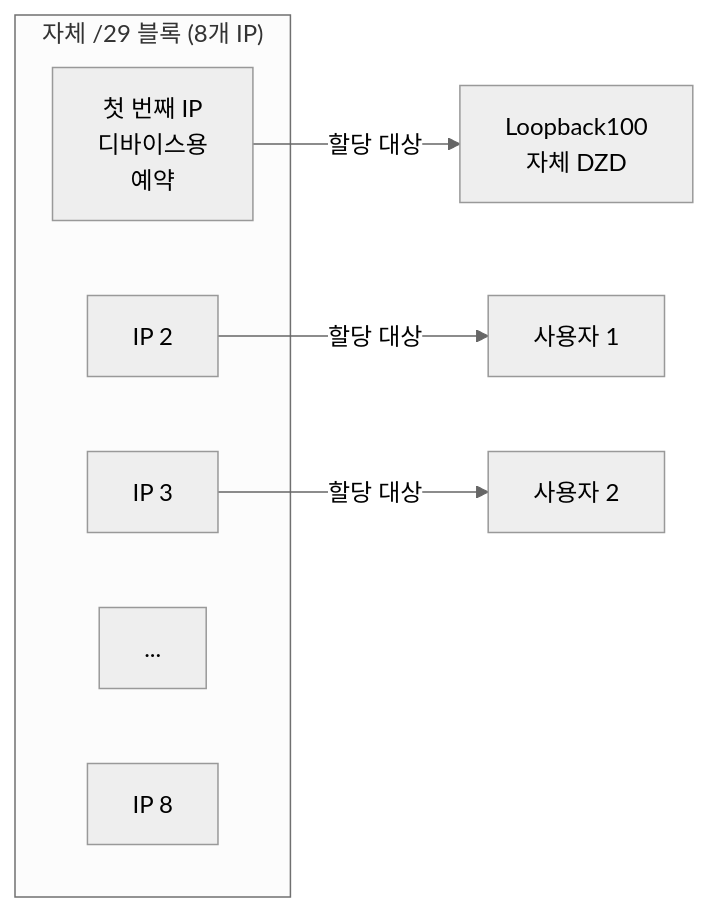
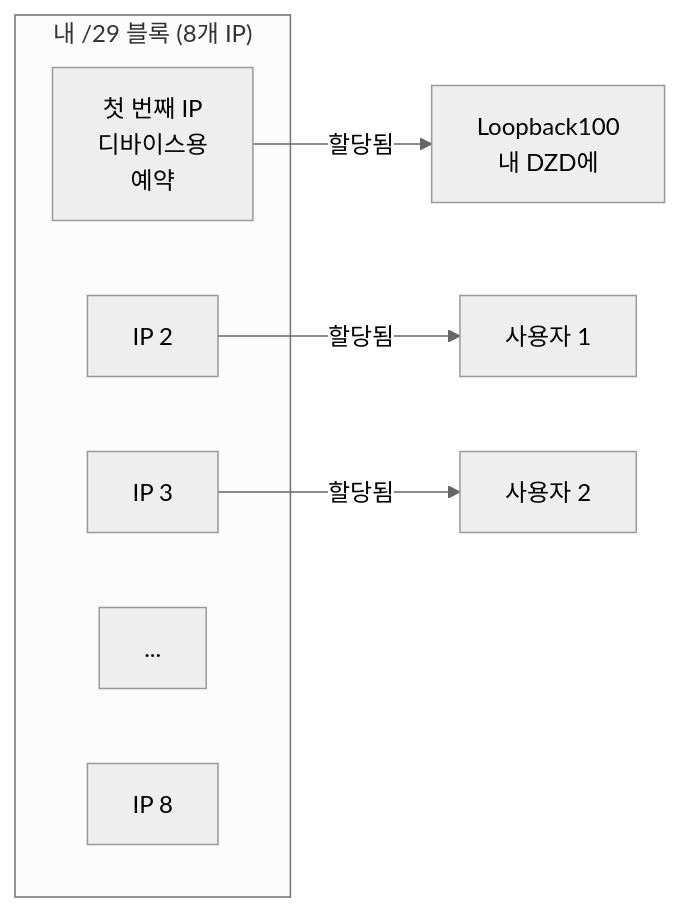
One commit to malbeclabs/docs changed the second of 7 diagrams in docs/contribute-provisioning.ko.md. Above: the diagram before and after it, drawn with Mermaid (neutral theme). The commit also changed other lines of this file and 27 other files, not shown here.

````diff
--- a/docs/contribute-provisioning.ko.md
+++ b/docs/contribute-provisioning.ko.md
@@ -122,14 +122,14 @@
 ```mermaid
 flowchart LR
-    subgraph "자체 /29 블록 (8개 IP)"
+    subgraph "내 /29 블록 (8개 IP)"
         IP1["첫 번째 IP<br/>디바이스용<br/>예약"]
         IP2["IP 2"]
         IP3["IP 3"]
         IP4["..."]
         IP8["IP 8"]
     end
 
-    IP1 -->|할당 대상| LO[Loopback100<br/>자체 DZD]
-    IP2 -->|할당 대상| U1[사용자 1]
-    IP3 -->|할당 대상| U2[사용자 2]
+    IP1 -->|할당됨| LO[Loopback100<br/>내 DZD에]
+    IP2 -->|할당됨| U1[사용자 1]
+    IP3 -->|할당됨| U2[사용자 2]
 ```
````
